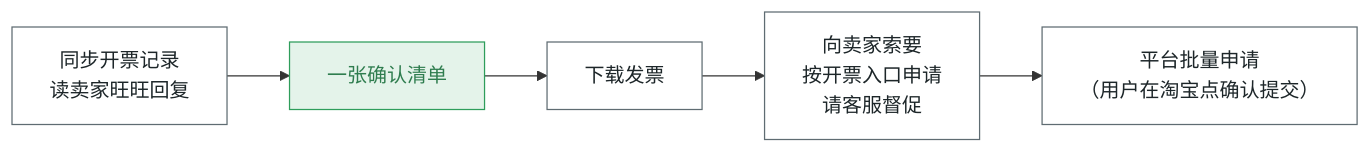
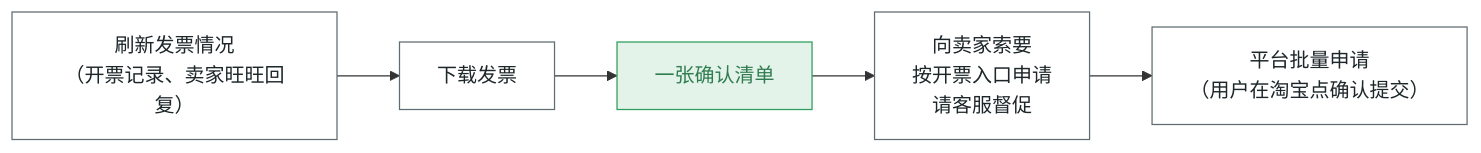
The second of 2 diagrams in README.md (jackdhch/taobao-order-triage), drawn with Mermaid before and after one commit. The commit also changed other lines of this file and 24 other files, not shown here.

````diff
--- a/README.md
+++ b/README.md
@@ -187,8 +189,8 @@
 ```mermaid
 flowchart LR
-    a["同步开票记录<br>读卖家旺旺回复"] --> b["一张确认清单"] --> c["下载发票"] --> d["向卖家索要<br>按开票入口申请<br>请客服督促"] --> e["平台批量申请<br>（用户在淘宝点确认提交）"]
+    a["刷新发票情况<br>（开票记录、卖家旺旺回复）"] --> c["下载发票"] --> b["一张确认清单"] --> d["向卖家索要<br>按开票入口申请<br>请客服督促"] --> e["平台批量申请<br>（用户在淘宝点确认提交）"]
     classDef act fill:#FFFFFF,stroke:#5F6C72,color:#1D2629
     classDef ok fill:#E4F3EA,stroke:#2E9D5B,color:#2F7D4F
     class a,c,d,e act
     class b ok
 ```
````
